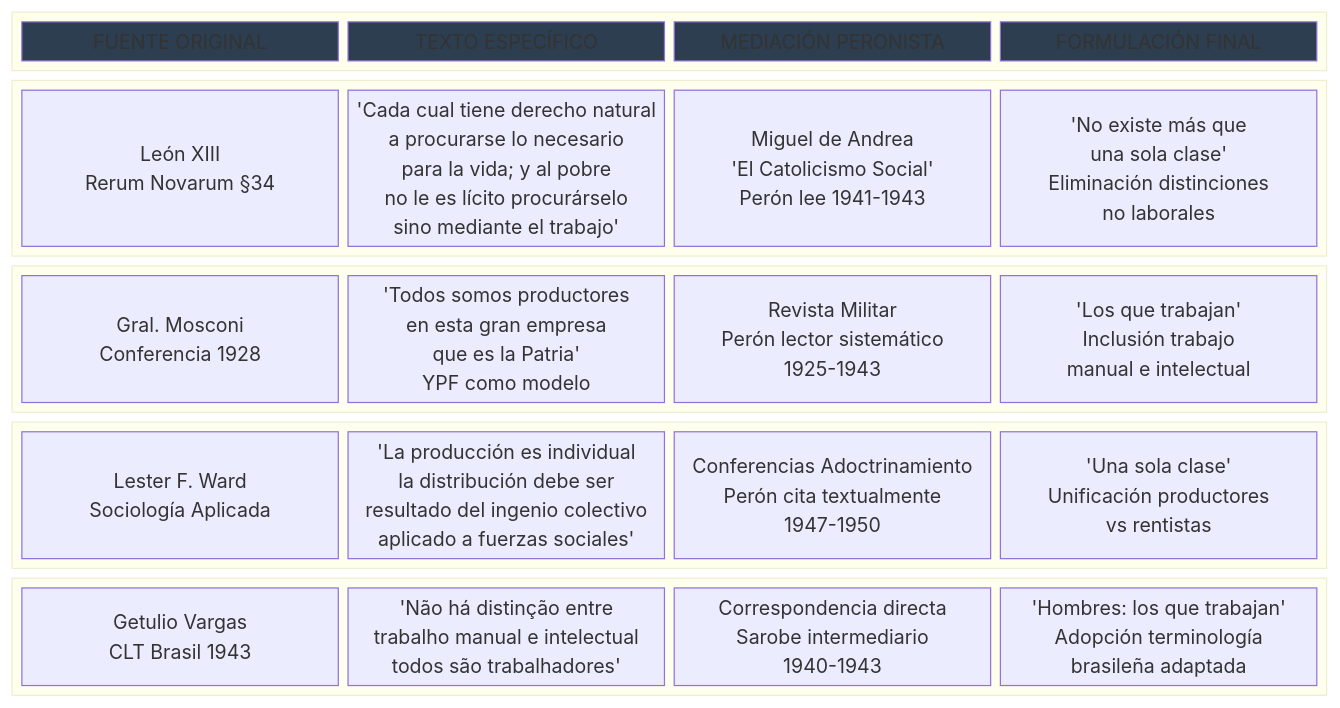
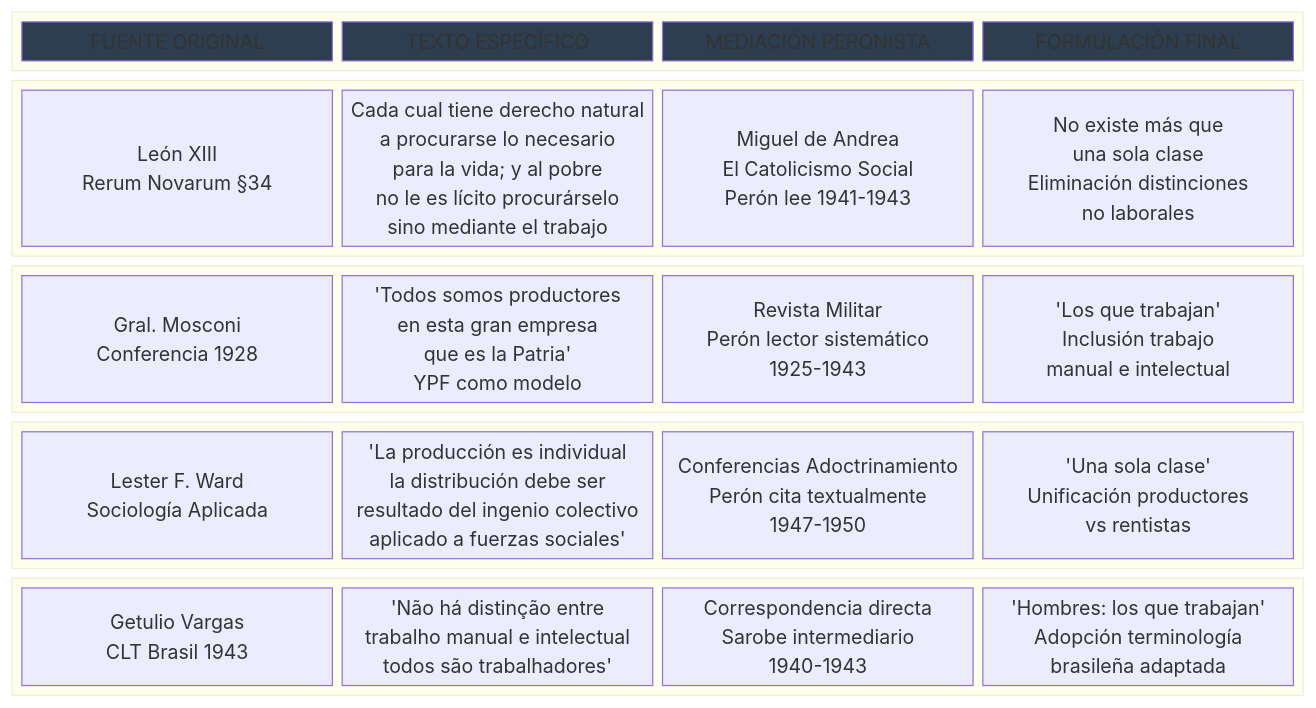
Before and after one commit to agrafos-leen-a-peron/peron-la-formacion-de-su-pensamiento: diagram 12 of 39 in Las-20-verdades.md, drawn with Mermaid. The commit also changed other lines of this file, not shown here.

````diff
--- a/Las-20-verdades.md
+++ b/Las-20-verdades.md
@@ -811,29 +811,29 @@
 ```mermaid
 block-beta
     columns 4
     
     block:HEADER:4
         A["FUENTE ORIGINAL"] B["TEXTO ESPECÍFICO"] C["MEDIACIÓN PERONISTA"] D["FORMULACIÓN FINAL"]
     end
     
     block:LEON_XIII:4
-        E["León XIII<br/>Rerum Novarum §34"] F["'Cada cual tiene derecho natural<br/>a procurarse lo necesario<br/>para la vida; y al pobre<br/>no le es lícito procurárselo<br/>sino mediante el trabajo'"] G["Miguel de Andrea<br/>'El Catolicismo Social'<br/>Perón lee 1941-1943"] H["'No existe más que<br/>una sola clase'<br/>Eliminación distinciones<br/>no laborales"]
+        E["León XIII<br/>Rerum Novarum §34"] F["Cada cual tiene derecho natural<br/>a procurarse lo necesario<br/>para la vida; y al pobre<br/>no le es lícito procurárselo<br/>sino mediante el trabajo"] G["Miguel de Andrea<br/>El Catolicismo Social<br/>Perón lee 1941-1943"] H["No existe más que<br/>una sola clase<br/>Eliminación distinciones<br/>no laborales"]
     end
     
     block:MOSCONI:4
         I["Gral. Mosconi<br/>Conferencia 1928"] J["'Todos somos productores<br/>en esta gran empresa<br/>que es la Patria'<br/>YPF como modelo"] K["Revista Militar<br/>Perón lector sistemático<br/>1925-1943"] L["'Los que trabajan'<br/>Inclusión trabajo<br/>manual e intelectual"]
     end
     
     block:WARD:4
         M["Lester F. Ward<br/>Sociología Aplicada"] N["'La producción es individual<br/>la distribución debe ser<br/>resultado del ingenio colectivo<br/>aplicado a fuerzas sociales'"] O["Conferencias Adoctrinamiento<br/>Perón cita textualmente<br/>1947-1950"] P["'Una sola clase'<br/>Unificación productores<br/>vs rentistas"]
     end
     
     block:VARGAS:4
         Q["Getulio Vargas<br/>CLT Brasil 1943"] R["'Não há distinção entre<br/>trabalho manual e intelectual<br/>todos são trabalhadores'"] S["Correspondencia directa<br/>Sarobe intermediario<br/>1940-1943"] T["'Hombres: los que trabajan'<br/>Adopción terminología<br/>brasileña adaptada"]
     end
     
     style A fill:#2c3e50,color:#ecf0f1
     style B fill:#2c3e50,color:#ecf0f1
     style C fill:#2c3e50,color:#ecf0f1
     style D fill:#2c3e50,color:#ecf0f1
 ```
````
